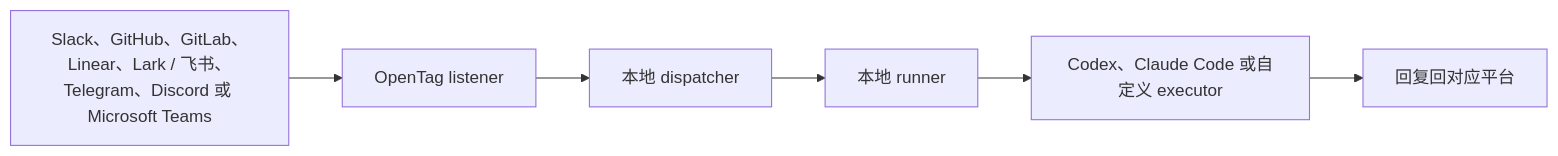
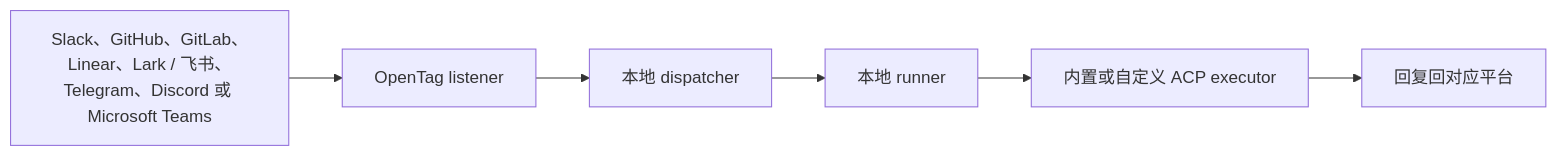
The diagram in README.zh-CN.md (amplifthq/opentag), drawn with Mermaid before and after one commit. The commit also changed other lines of this file and 79 other files, not shown here.

````diff
--- a/README.zh-CN.md
+++ b/README.zh-CN.md
@@ -221,8 +225,8 @@
 ```mermaid
 flowchart LR
     A["Slack、GitHub、GitLab、Linear、Lark / 飞书、Telegram、Discord 或 Microsoft Teams"] --> B["OpenTag listener"]
     B --> C["本地 dispatcher"]
     C --> D["本地 runner"]
-    D --> E["Codex、Claude Code 或自定义 executor"]
+    D --> E["内置或自定义 ACP executor"]
     E --> F["回复回对应平台"]
 ```
````
